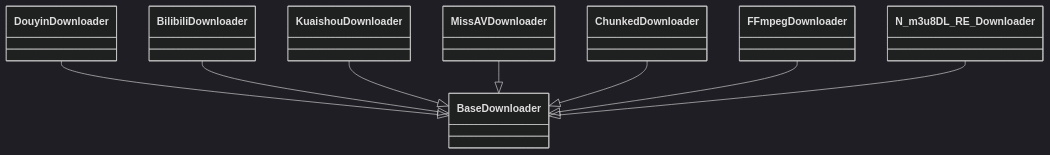
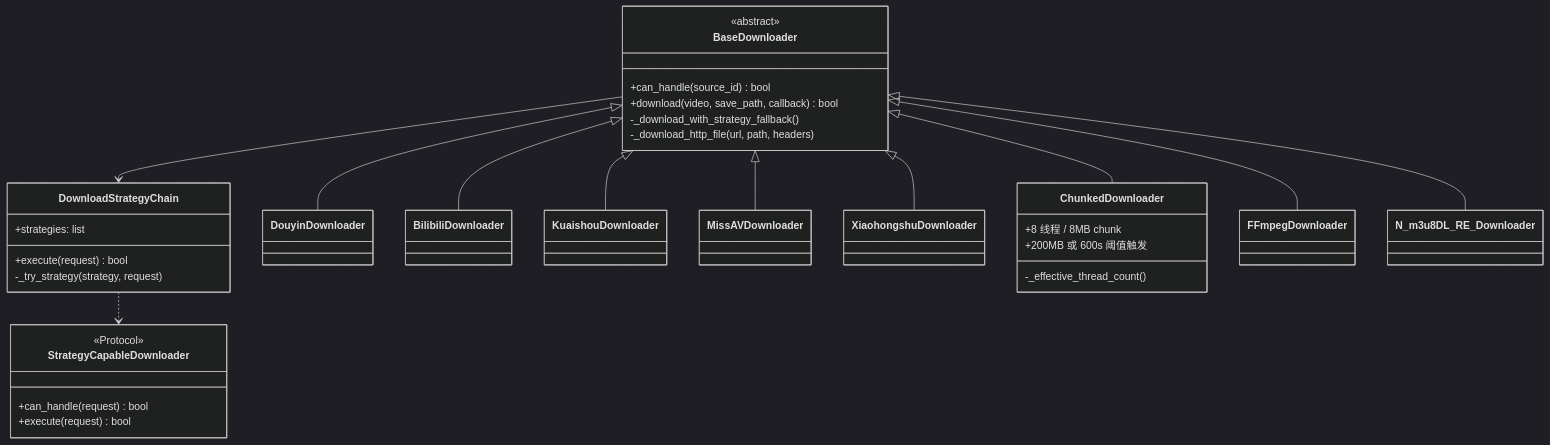
One commit to haohaizi554/UniversalCrawler changed the fourth of 5 diagrams in mermaid/05-download-pipeline.md. Above: the diagram before and after it, drawn with Mermaid (dark theme). The commit also changed other lines of this file and 78 other files, not shown here.

Commit message:
Sync local workspace: packaging adaptation, frontend hardening, and architecture review.

````diff
--- a/mermaid/05-download-pipeline.md
+++ b/mermaid/05-download-pipeline.md
@@ -49,19 +106,47 @@
 ```mermaid
 classDiagram
-    class BaseDownloader
+    class BaseDownloader {
+        <<abstract>>
+        +can_handle(source_id) bool
+        +download(video, save_path, callback) bool
+        -_download_with_strategy_fallback()
+        -_download_http_file(url, path, headers)
+    }
+
+    class StrategyCapableDownloader {
+        <<Protocol>>
+        +can_handle(request) bool
+        +execute(request) bool
+    }
+
+    class DownloadStrategyChain {
+        +strategies: list
+        +execute(request) bool
+        -_try_strategy(strategy, request)
+    }
+
     class DouyinDownloader
     class BilibiliDownloader
     class KuaishouDownloader
     class MissAVDownloader
-    class ChunkedDownloader
+    class XiaohongshuDownloader
+    class ChunkedDownloader {
+        +8 线程 / 8MB chunk
+        +200MB 或 600s 阈值触发
+        -_effective_thread_count()
+    }
     class FFmpegDownloader
     class N_m3u8DL_RE_Downloader
 
-    DouyinDownloader --|> BaseDownloader
-    BilibiliDownloader --|> BaseDownloader
-    KuaishouDownloader --|> BaseDownloader
-    MissAVDownloader --|> BaseDownloader
-    ChunkedDownloader --|> BaseDownloader
-    FFmpegDownloader --|> BaseDownloader
-    N_m3u8DL_RE_Downloader --|> BaseDownloader
+    BaseDownloader <|-- DouyinDownloader
+    BaseDownloader <|-- BilibiliDownloader
+    BaseDownloader <|-- KuaishouDownloader
+    BaseDownloader <|-- MissAVDownloader
+    BaseDownloader <|-- XiaohongshuDownloader
+    BaseDownloader <|-- ChunkedDownloader
+    BaseDownloader <|-- FFmpegDownloader
+    BaseDownloader <|-- N_m3u8DL_RE_Downloader
+
+    BaseDownloader --> DownloadStrategyChain
+    DownloadStrategyChain ..> StrategyCapableDownloader
 ```
````
